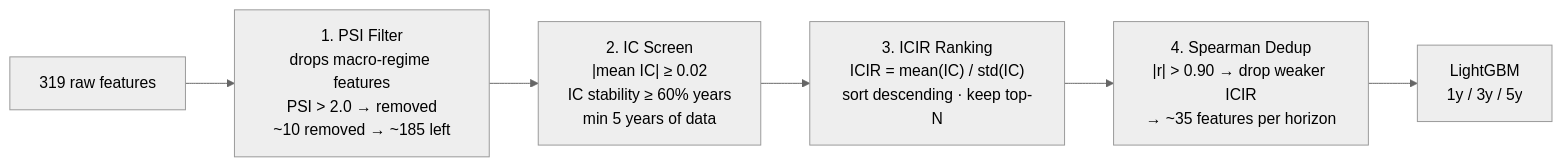
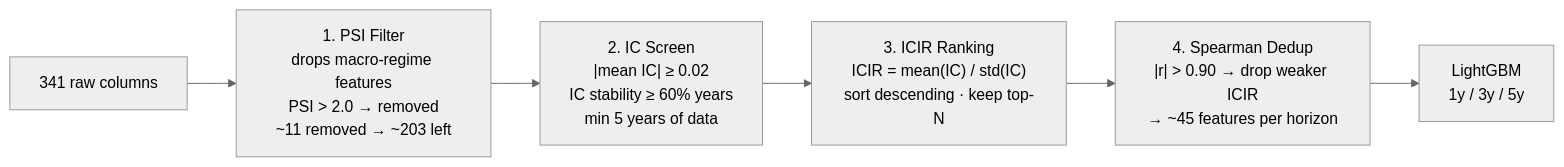
The diagram in docs/methodology/feature-selection.md (sherlock718/stock-fraud-screener), drawn with Mermaid (neutral theme) before and after one commit. The commit also changed other lines of this file and 11 other files, not shown here.

````diff
--- a/docs/methodology/feature-selection.md
+++ b/docs/methodology/feature-selection.md
@@ -9,8 +9,8 @@
 ```mermaid
 flowchart LR
-    A["319 raw features"] --> PSI["1. PSI Filter<br/>drops macro-regime features<br/>PSI > 2.0 → removed<br/>~10 removed → ~185 left"]
+    A["341 raw columns"] --> PSI["1. PSI Filter<br/>drops macro-regime features<br/>PSI > 2.0 → removed<br/>~11 removed → ~203 left"]
     PSI --> IC["2. IC Screen<br/>|mean IC| ≥ 0.02<br/>IC stability ≥ 60% years<br/>min 5 years of data"]
     IC --> ICIR["3. ICIR Ranking<br/>ICIR = mean(IC) / std(IC)<br/>sort descending · keep top-N"]
-    ICIR --> DEDUP["4. Spearman Dedup<br/>|r| > 0.90 → drop weaker ICIR<br/>→ ~35 features per horizon"]
+    ICIR --> DEDUP["4. Spearman Dedup<br/>|r| > 0.90 → drop weaker ICIR<br/>→ ~45 features per horizon"]
     DEDUP --> MODEL["LightGBM<br/>1y / 3y / 5y"]
 ```
````
